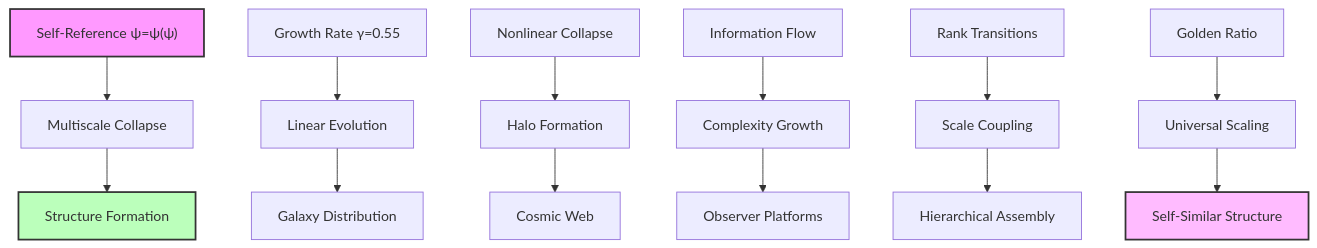
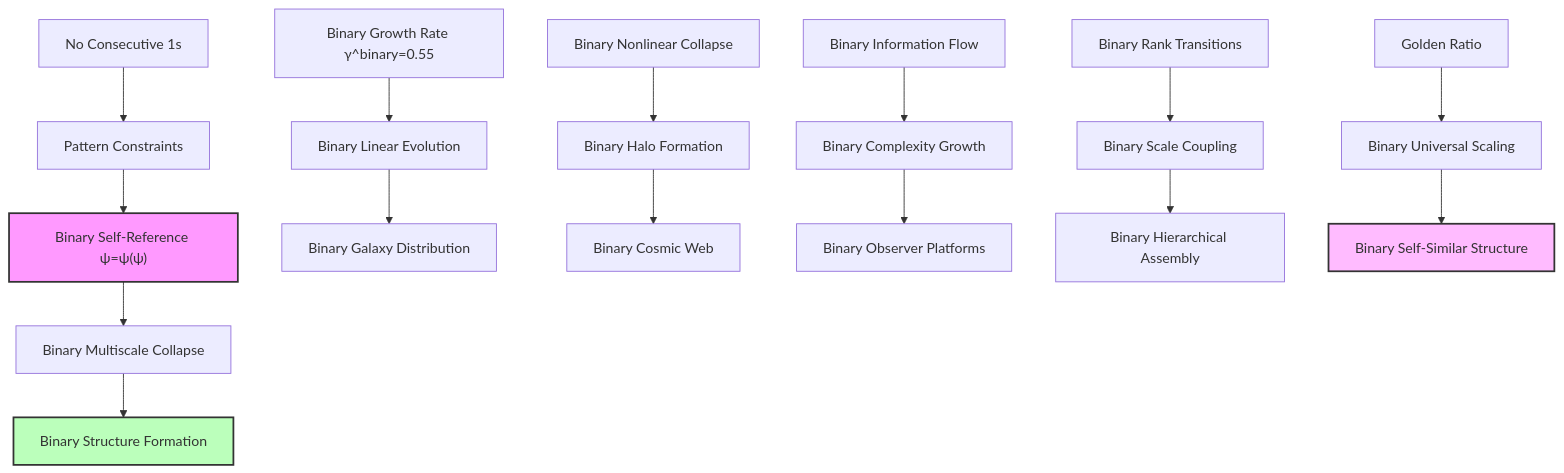
Before and after one commit to loning/the-phys: the second of 2 diagrams in docs/psi-constants/part-04-collapse-cosmology/chapter-062-multiscale-collapse-structure-formation.md, drawn with Mermaid. The commit also changed other lines of this file and 1 other file, not shown here.

````diff
--- a/docs/psi-constants/part-04-collapse-cosmology/chapter-062-multiscale-collapse-structure-formation.md
+++ b/docs/psi-constants/part-04-collapse-cosmology/chapter-062-multiscale-collapse-structure-formation.md
@@ -382,24 +398,27 @@
 ```mermaid
 graph TD
-    A["Self-Reference ψ=ψ(ψ)"] --> B["Multiscale Collapse"]
-    B --> C["Structure Formation"]
+    A["Binary Self-Reference ψ=ψ(ψ)"] --> B["Binary Multiscale Collapse"]
+    B --> C["Binary Structure Formation"]
     
-    D["Growth Rate γ=0.55"] --> E["Linear Evolution"]
-    E --> F["Galaxy Distribution"]
+    D["Binary Growth Rate γ^binary=0.55"] --> E["Binary Linear Evolution"]
+    E --> F["Binary Galaxy Distribution"]
     
-    G["Nonlinear Collapse"] --> H["Halo Formation"]
-    H --> I["Cosmic Web"]
+    G["Binary Nonlinear Collapse"] --> H["Binary Halo Formation"]
+    H --> I["Binary Cosmic Web"]
     
-    J["Information Flow"] --> K["Complexity Growth"]
-    K --> L["Observer Platforms"]
+    J["Binary Information Flow"] --> K["Binary Complexity Growth"]
+    K --> L["Binary Observer Platforms"]
     
-    M["Rank Transitions"] --> N["Scale Coupling"]
-    N --> O["Hierarchical Assembly"]
+    M["Binary Rank Transitions"] --> N["Binary Scale Coupling"]
+    N --> O["Binary Hierarchical Assembly"]
     
-    P["Golden Ratio"] --> Q["Universal Scaling"]
-    Q --> R["Self-Similar Structure"]
+    P["Golden Ratio"] --> Q["Binary Universal Scaling"]
+    Q --> R["Binary Self-Similar Structure"]
+    
+    S["No Consecutive 1s"] --> T["Pattern Constraints"]
+    T --> A
     
     style A fill:#f9f,stroke:#333,stroke-width:2px
     style C fill:#bfb,stroke:#333,stroke-width:2px
     style R fill:#fbf,stroke:#333,stroke-width:2px
 ```
````
